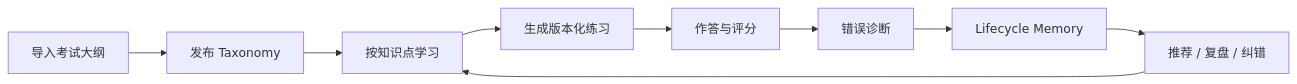
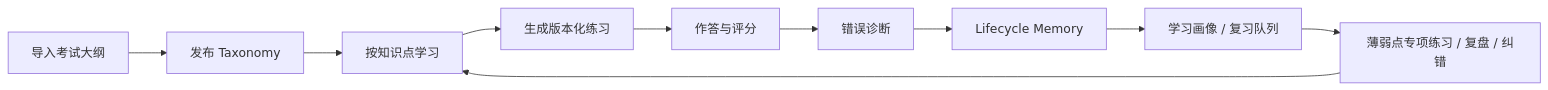
Before and after one commit to LLLQAQFFF/ExamMem: the first of 2 diagrams in README.md, drawn with Mermaid. The commit also changed other lines of this file and 35 other files, not shown here.

````diff
--- a/README.md
+++ b/README.md
@@ -36,11 +37,12 @@
 ```mermaid
 flowchart LR
     A[导入考试大纲] --> B[发布 Taxonomy]
     B --> C[按知识点学习]
     C --> D[生成版本化练习]
     D --> E[作答与评分]
     E --> F[错误诊断]
     F --> G[Lifecycle Memory]
-    G --> H[推荐 / 复盘 / 纠错]
-    H --> C
+    G --> H[学习画像 / 复习队列]
+    H --> I[薄弱点专项练习 / 复盘 / 纠错]
+    I --> C
 ```
````
